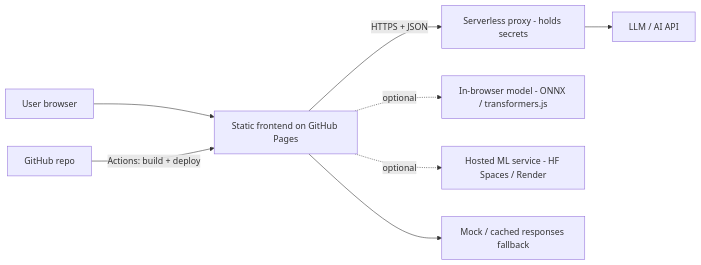
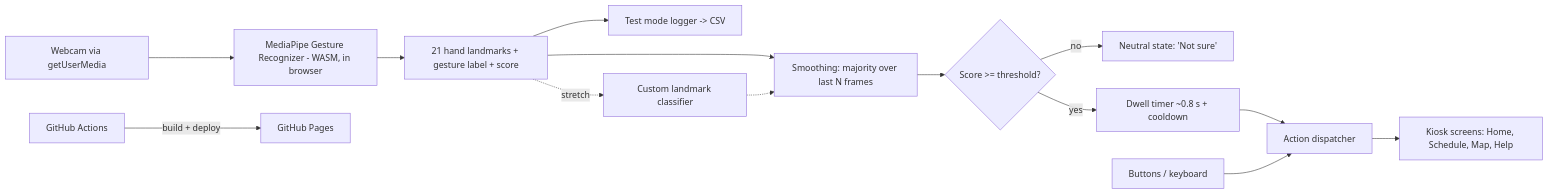
Before and after one commit to ShouryaAhuja/ai-hackathon: the diagram in ARCHITECTURE.md, drawn with Mermaid. The commit also changed other lines of this file and 6 other files, not shown here.

````diff
--- a/ARCHITECTURE.md
+++ b/ARCHITECTURE.md
@@ -21,10 +8,16 @@
 ```mermaid
 flowchart LR
-    U[User browser] --> FE[Static frontend on GitHub Pages]
-    FE -->|HTTPS + JSON| PX[Serverless proxy - holds secrets]
-    PX --> LLM[LLM / AI API]
-    FE -.optional.-> BR[In-browser model - ONNX / transformers.js]
-    FE -.optional.-> ML[Hosted ML service - HF Spaces / Render]
-    FE --> FB[Mock / cached responses fallback]
-    GH[GitHub repo] -->|Actions: build + deploy| FE
+    CAM[Webcam via getUserMedia] --> REC[MediaPipe Gesture Recognizer - WASM, in browser]
+    REC --> LM[21 hand landmarks + gesture label + score]
+    LM --> SM[Smoothing: majority over last N frames]
+    SM --> TH{Score >= threshold?}
+    TH -- no --> NEU[Neutral state: 'Not sure']
+    TH -- yes --> DW[Dwell timer ~0.8 s + cooldown]
+    DW --> DIS[Action dispatcher]
+    BTN[Buttons / keyboard] --> DIS
+    DIS --> UI[Kiosk screens: Home, Schedule, Map, Help]
+    LM --> LOG[Test mode logger -> CSV]
+    LM -.stretch.-> CLF[Custom landmark classifier]
+    CLF -.-> SM
+    GH[GitHub Actions] -->|build + deploy| PAGES[GitHub Pages]
 ```
````
